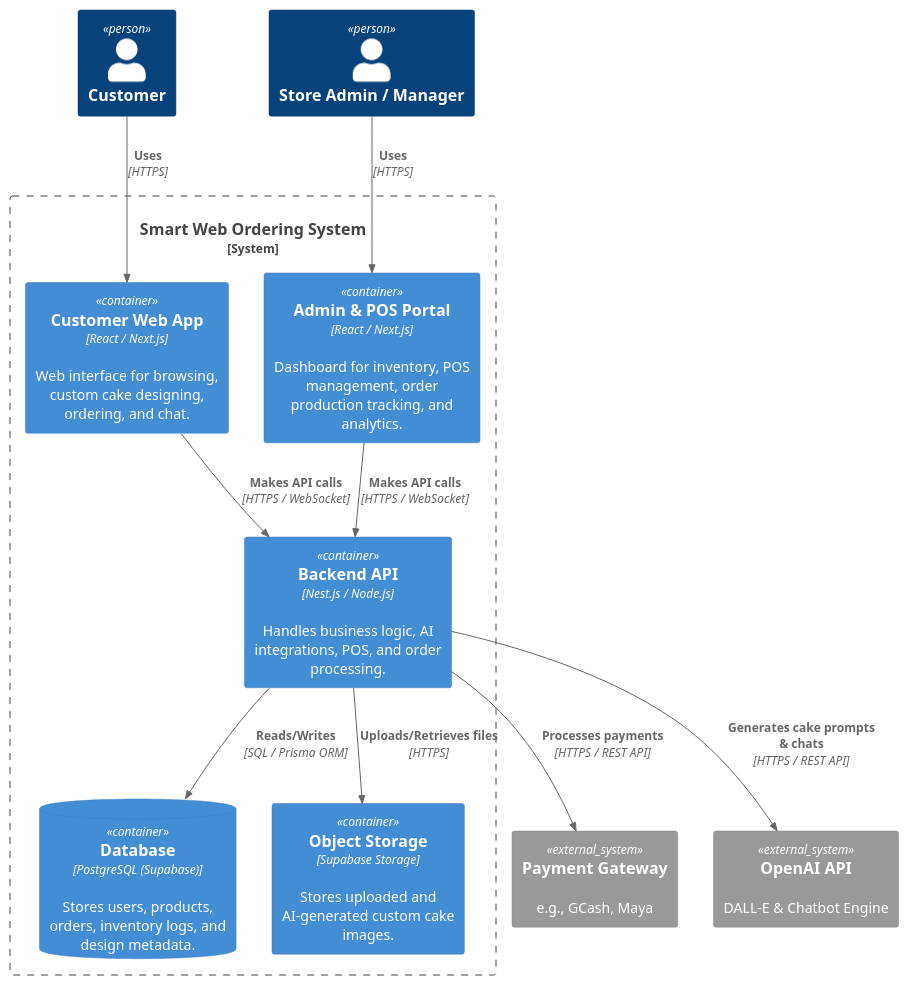
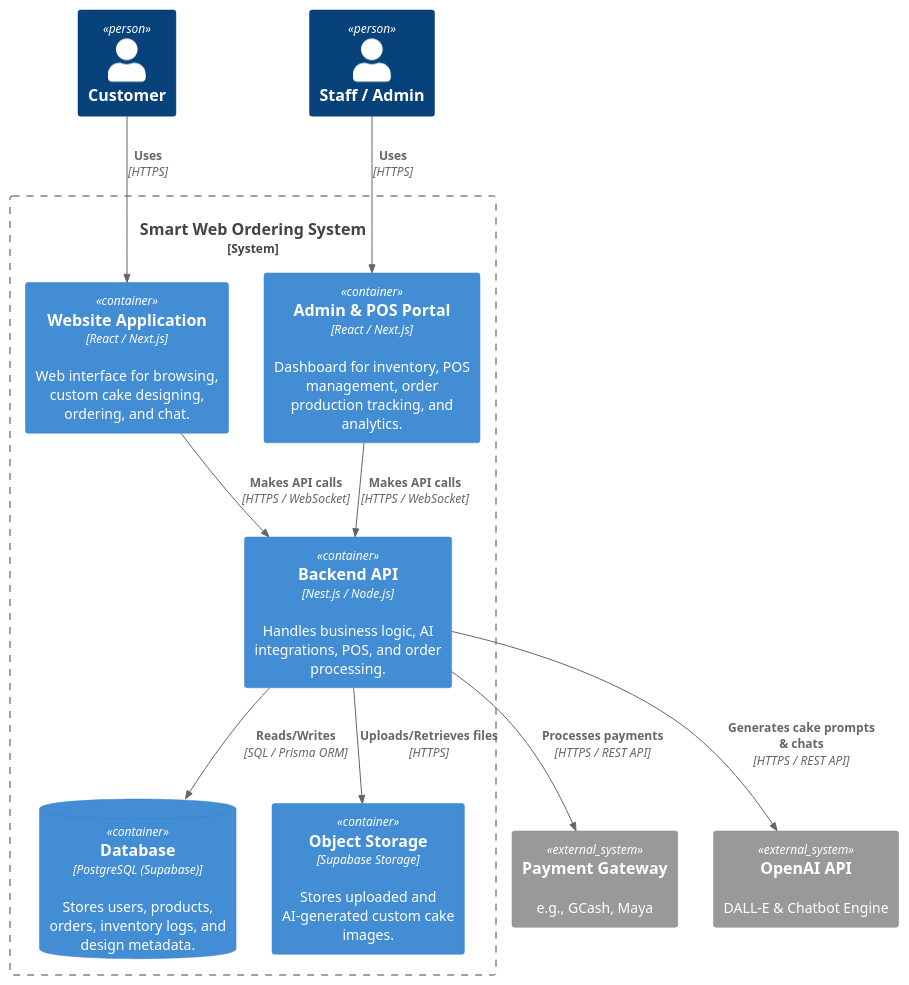
Before and after one commit to APC-SoCIT/APC-2026-2027-T1-IT241-Grp7-Smart-Web-Order-System-for-Mama-Co: the diagram in PBL/MSYADD/CONTAINER DIAGRAM.puml, drawn with PlantUML.

Commit message:
Update CONTAINER DIAGRAM.puml

```diff
--- a/PBL/MSYADD/CONTAINER DIAGRAM.puml
+++ b/PBL/MSYADD/CONTAINER DIAGRAM.puml
@@ -1,32 +1,32 @@
 @startuml ContainerDiagram
 !include https://raw.githubusercontent.com/plantuml-stdlib/C4-PlantUML/master/C4_Container.puml
 
 Person(customer, "Customer")
-Person(admin, "Store Admin / Manager")
+Person(admin, "Staff / Admin")
 
 System_Boundary(c1, "Smart Web Ordering System") {
-    Container(customerApp, "Customer Web App", "React / Next.js", "Web interface for browsing, custom cake designing, ordering, and chat.")
+    Container(customerApp, "Website Application", "React / Next.js", "Web interface for browsing, custom cake designing, ordering, and chat.")
     Container(adminApp, "Admin & POS Portal", "React / Next.js", "Dashboard for inventory, POS management, order production tracking, and analytics.")
     
     Container(backendApi, "Backend API", "Nest.js / Node.js", "Handles business logic, AI integrations, POS, and order processing.")
     
     ContainerDb(database, "Database", "PostgreSQL (Supabase)", "Stores users, products, orders, inventory logs, and design metadata.")
     Container(storage, "Object Storage", "Supabase Storage", "Stores uploaded and AI-generated custom cake images.")
 }
 
 System_Ext(paymentGateway, "Payment Gateway", "e.g., GCash, Maya")
 System_Ext(openai, "OpenAI API", "DALL-E & Chatbot Engine")
 
 Rel(customer, customerApp, "Uses", "HTTPS")
 Rel(admin, adminApp, "Uses", "HTTPS")
 
 Rel(customerApp, backendApi, "Makes API calls", "HTTPS / WebSocket")
 Rel(adminApp, backendApi, "Makes API calls", "HTTPS / WebSocket")
 
 Rel(backendApi, database, "Reads/Writes", "SQL / Prisma ORM")
 Rel(backendApi, storage, "Uploads/Retrieves files", "HTTPS")
 
 Rel(backendApi, paymentGateway, "Processes payments", "HTTPS / REST API")
 Rel(backendApi, openai, "Generates cake prompts & chats", "HTTPS / REST API")
 
 @enduml
```
